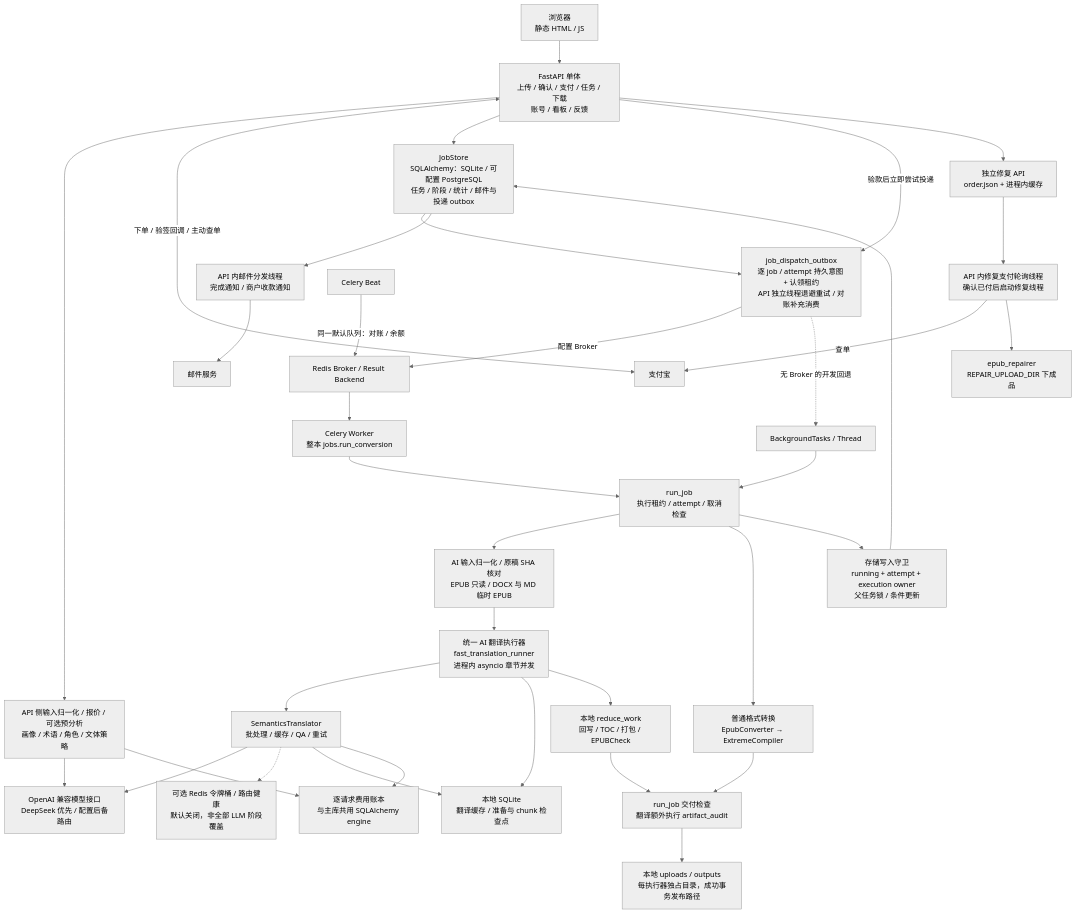
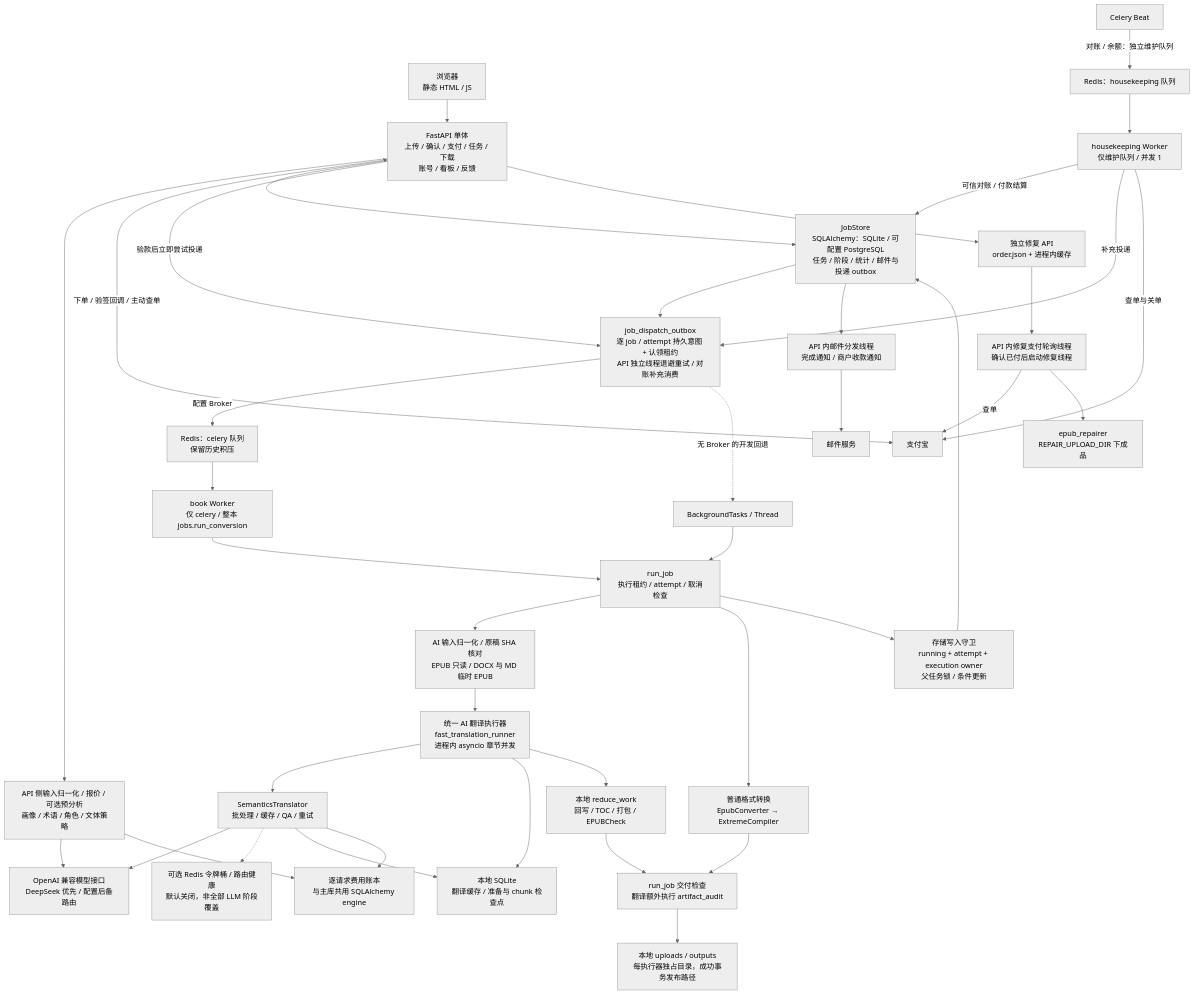
One commit to zengchanghuan/epub-factory changed the first of 6 diagrams in docs/ARCHITECTURE-DIAGRAM.md. Above: the diagram before and after it, drawn with Mermaid (neutral theme). The commit also changed other lines of this file and 24 other files, not shown here.

````diff
--- a/docs/ARCHITECTURE-DIAGRAM.md
+++ b/docs/ARCHITECTURE-DIAGRAM.md
@@ -21,38 +21,42 @@
 ```mermaid
 flowchart TB
   U["浏览器<br/>静态 HTML / JS"] --> API["FastAPI 单体<br/>上传 / 确认 / 支付 / 任务 / 下载<br/>账号 / 看板 / 反馈"]
   API --> Preflight["API 侧输入归一化 / 报价 / 可选预分析<br/>画像 / 术语 / 角色 / 文体策略"]
   Preflight --> LLM["OpenAI 兼容模型接口<br/>DeepSeek 优先 / 配置后备路由"]
   API <-->|"下单 / 验签回调 / 主动查单"| Pay["支付宝"]
   API --> Store["JobStore<br/>SQLAlchemy：SQLite / 可配置 PostgreSQL<br/>任务 / 阶段 / 统计 / 邮件与投递 outbox"]
   Store --> Dispatch["job_dispatch_outbox<br/>逐 job / attempt 持久意图 + 认领租约<br/>API 独立线程退避重试 / 对账补充消费"]
   API -->|"验款后立即尝试投递"| Dispatch
-  Dispatch -->|"配置 Broker"| Redis["Redis Broker / Result Backend"]
-  Redis --> Worker["Celery Worker<br/>整本 jobs.run_conversion"]
+  Dispatch -->|"配置 Broker"| BookQueue["Redis：celery 队列<br/>保留历史积压"]
+  BookQueue --> Worker["book Worker<br/>仅 celery / 整本 jobs.run_conversion"]
+  HouseQueue["Redis：housekeeping 队列"] --> HouseWorker["housekeeping Worker<br/>仅维护队列 / 并发 1"]
+  HouseWorker -->|"可信对账 / 付款结算"| Store
+  HouseWorker -->|"补充投递"| Dispatch
+  HouseWorker -->|"查单与关单"| Pay
   Dispatch -.->|"无 Broker 的开发回退"| Local["BackgroundTasks / Thread"]
   Worker --> Runner["run_job<br/>执行租约 / attempt / 取消检查"]
   Local --> Runner
   Runner --> Normalize["AI 输入归一化 / 原稿 SHA 核对<br/>EPUB 只读 / DOCX 与 MD 临时 EPUB"]
   Normalize --> Fast["统一 AI 翻译执行器<br/>fast_translation_runner<br/>进程内 asyncio 章节并发"]
   Runner --> Standard["普通格式转换<br/>EpubConverter → ExtremeCompiler"]
   Fast --> Translator["SemanticsTranslator<br/>批处理 / 缓存 / QA / 重试"]
   Translator --> LLM
   Translator -.-> Guard["可选 Redis 令牌桶 / 路由健康<br/>默认关闭，非全部 LLM 阶段覆盖"]
   Fast --> Cache["本地 SQLite<br/>翻译缓存 / 准备与 chunk 检查点"]
   Translator --> Cache
   Fast --> Reduce["本地 reduce_work<br/>回写 / TOC / 打包 / EPUBCheck"]
   Standard --> Gate["run_job 交付检查<br/>翻译额外执行 artifact_audit"]
   Reduce --> Gate
   Gate --> Files["本地 uploads / outputs<br/>每执行器独占目录，成功事务发布路径"]
   Runner --> Fence["存储写入守卫<br/>running + attempt + execution owner<br/>父任务锁 / 条件更新"]
   Fence --> Store
   Preflight --> Ledger["逐请求费用账本<br/>与主库共用 SQLAlchemy engine"]
   Translator --> Ledger
   API --> Repair["独立修复 API<br/>order.json + 进程内缓存"]
   Repair --> RepairWorker["API 内修复支付轮询线程<br/>确认已付后启动修复线程"]
   RepairWorker -->|"查单"| Pay
   RepairWorker --> RepairEngine["epub_repairer<br/>REPAIR_UPLOAD_DIR 下成品"]
   Store --> Mail["API 内邮件分发线程<br/>完成通知 / 商户收款通知"]
   Mail --> SMTP["邮件服务"]
-  Beat["Celery Beat"] -->|"同一默认队列：对账 / 余额"| Redis
+  Beat["Celery Beat"] -->|"对账 / 余额：独立维护队列"| HouseQueue
 ```
````
